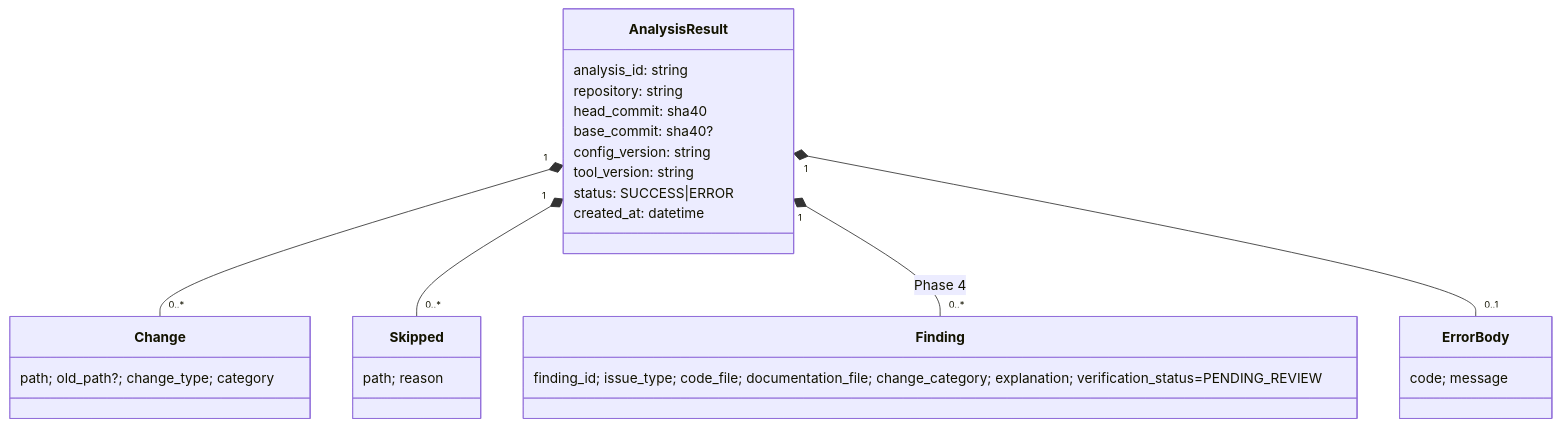
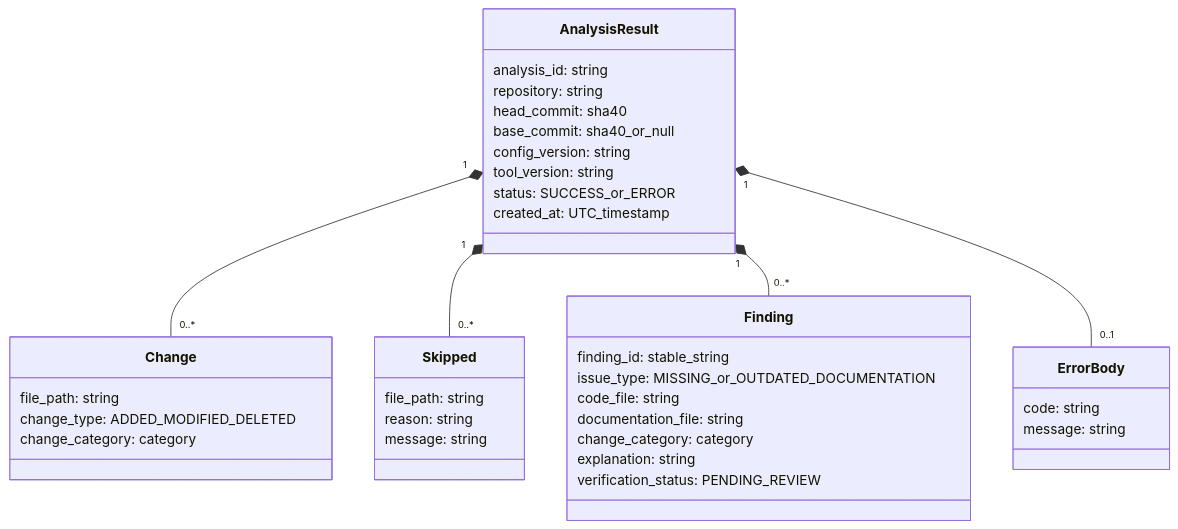
One commit to ParthGupta06/doc-tracker changed the third of 4 diagrams in docs/SYSTEM.md. Above: the diagram before and after it, drawn with Mermaid. The commit also changed other lines of this file and 35 other files, not shown here.

Commit message:
Import phase 4 code from supplied ZIP

````diff
--- a/docs/SYSTEM.md
+++ b/docs/SYSTEM.md
@@ -87,21 +120,40 @@
 ```mermaid
 classDiagram
   class AnalysisResult {
     analysis_id: string
     repository: string
     head_commit: sha40
-    base_commit: sha40?
+    base_commit: sha40_or_null
     config_version: string
     tool_version: string
-    status: SUCCESS|ERROR
-    created_at: datetime
+    status: SUCCESS_or_ERROR
+    created_at: UTC_timestamp
   }
-  class Change { path; old_path?; change_type; category }
-  class Skipped { path; reason }
-  class Finding { finding_id; issue_type; code_file; documentation_file; change_category; explanation; verification_status=PENDING_REVIEW }
-  class ErrorBody { code; message }
+  class Change {
+    file_path: string
+    change_type: ADDED_MODIFIED_DELETED
+    change_category: category
+  }
+  class Skipped {
+    file_path: string
+    reason: string
+    message: string
+  }
+  class Finding {
+    finding_id: stable_string
+    issue_type: MISSING_or_OUTDATED_DOCUMENTATION
+    code_file: string
+    documentation_file: string
+    change_category: category
+    explanation: string
+    verification_status: PENDING_REVIEW
+  }
+  class ErrorBody {
+    code: string
+    message: string
+  }
   AnalysisResult "1" *-- "0..*" Change
   AnalysisResult "1" *-- "0..*" Skipped
-  AnalysisResult "1" *-- "0..*" Finding : Phase 4
+  AnalysisResult "1" *-- "0..*" Finding
   AnalysisResult "1" *-- "0..1" ErrorBody
 ```
````
